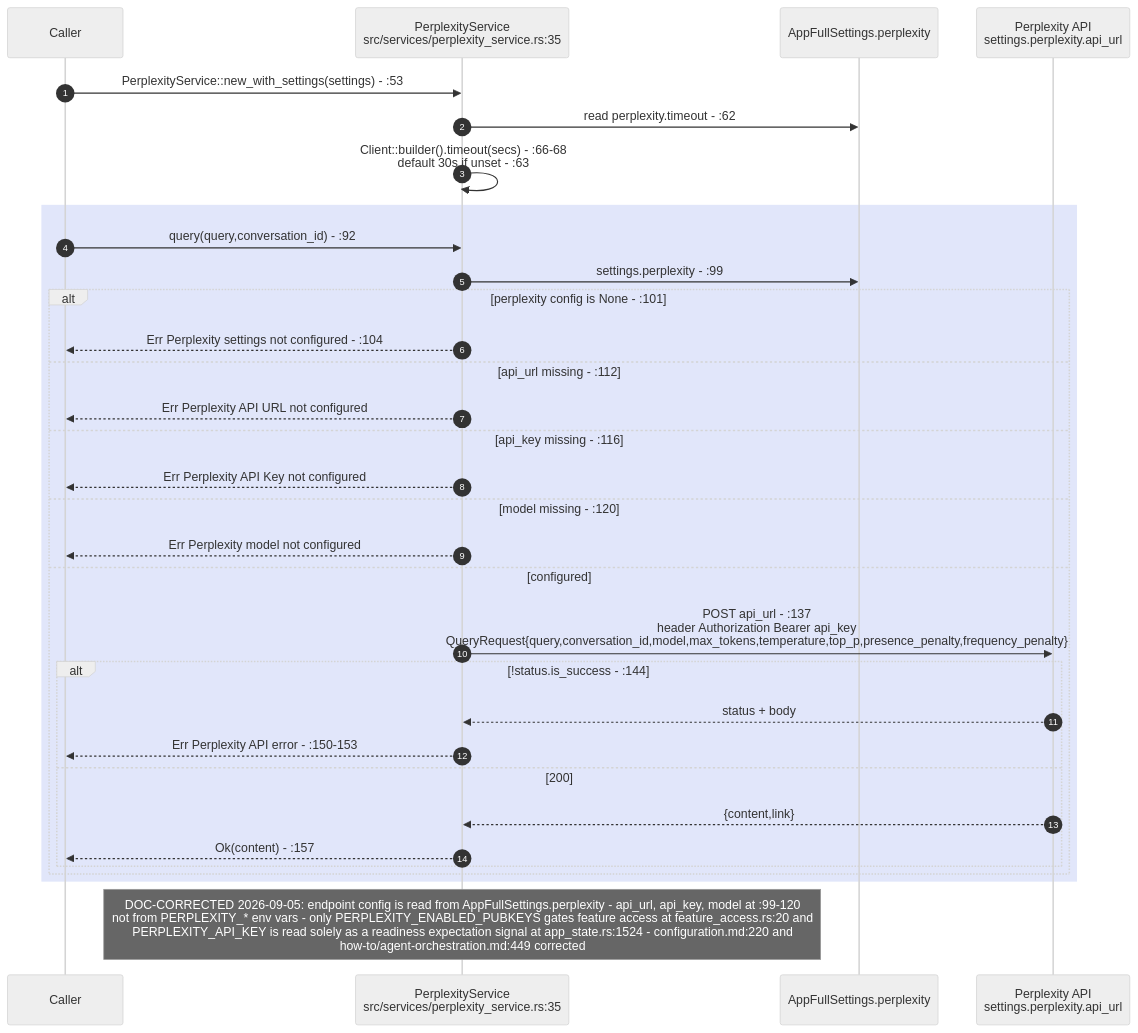
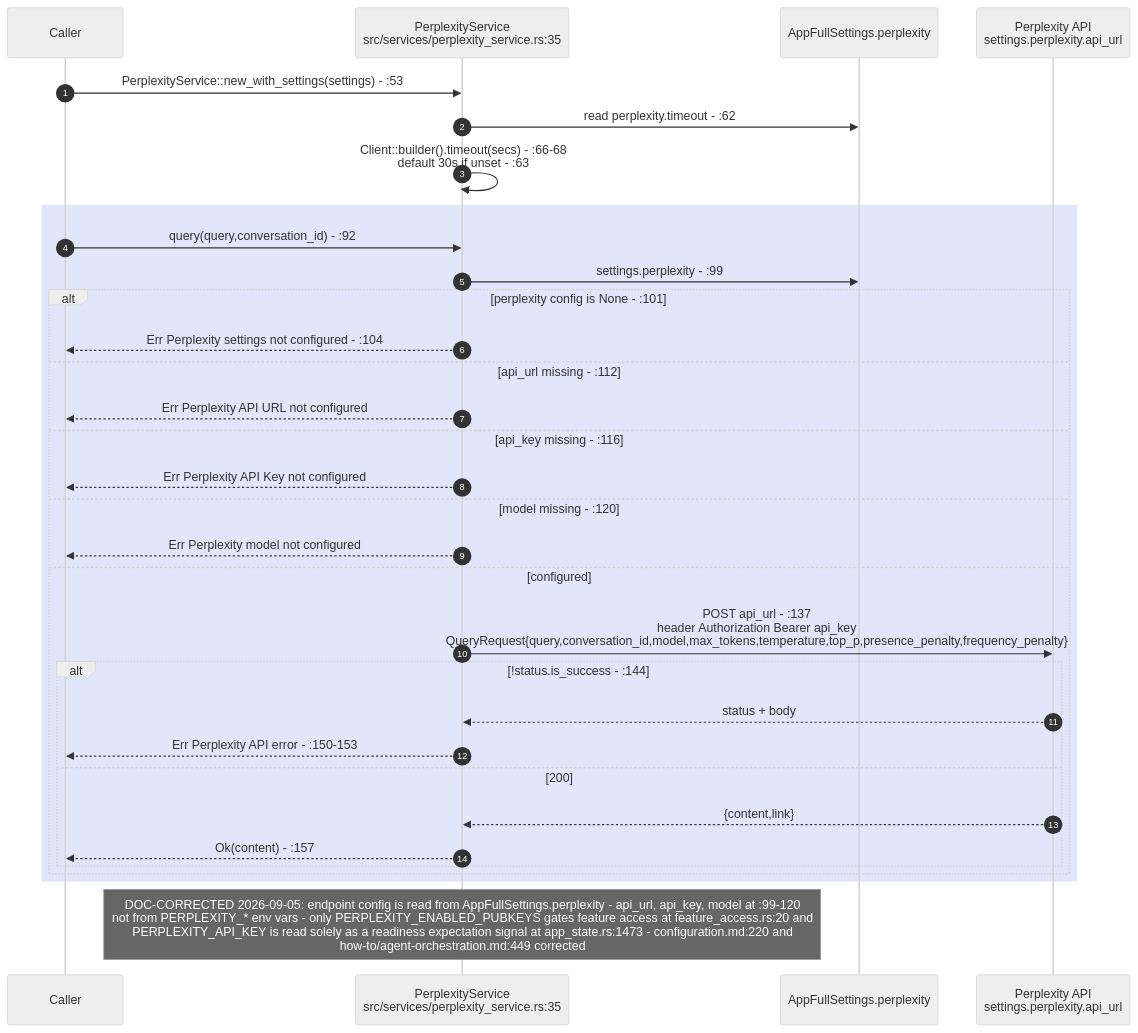
The third of 8 diagrams in docs/diagrams/visionclaw/28-external-services.md (DreamLab-AI/VisionFlow), drawn with Mermaid (neutral theme) before and after one commit. The commit also changed other lines of this file and 160 other files, not shown here.

````diff
--- a/docs/diagrams/visionclaw/28-external-services.md
+++ b/docs/diagrams/visionclaw/28-external-services.md
@@ -127,36 +131,36 @@
 ```mermaid
 sequenceDiagram
     autonumber
     participant Caller
     participant PS as PerplexityService<br/>src/services/perplexity_service.rs:35
     participant SET as AppFullSettings.perplexity
     participant PX as Perplexity API<br/>settings.perplexity.api_url
 
     Caller->>PS: PerplexityService::new_with_settings(settings) - :53
     PS->>SET: read perplexity.timeout - :62
     PS->>PS: Client::builder().timeout(secs) - :66-68<br/>default 30s if unset - :63
 
     rect rgb(225,230,250)
     Caller->>PS: query(query,conversation_id) - :92
     PS->>SET: settings.perplexity - :99
     alt perplexity config is None - :101
         PS-->>Caller: Err Perplexity settings not configured - :104
     else api_url missing - :112
         PS-->>Caller: Err Perplexity API URL not configured
     else api_key missing - :116
         PS-->>Caller: Err Perplexity API Key not configured
     else model missing - :120
         PS-->>Caller: Err Perplexity model not configured
     else configured
         PS->>PX: POST api_url - :137<br/>header Authorization Bearer api_key<br/>QueryRequest{query,conversation_id,model,max_tokens,temperature,top_p,presence_penalty,frequency_penalty}
         alt !status.is_success - :144
             PX-->>PS: status + body
             PS-->>Caller: Err Perplexity API error - :150-153
         else 200
             PX-->>PS: {content,link}
             PS-->>Caller: Ok(content) - :157
         end
     end
     end
-    Note over PS: DOC-CORRECTED 2026-09-05: endpoint config is read from AppFullSettings.perplexity - api_url, api_key, model at :99-120<br/>not from PERPLEXITY_* env vars - only PERPLEXITY_ENABLED_PUBKEYS gates feature access at feature_access.rs:20 and<br/>PERPLEXITY_API_KEY is read solely as a readiness expectation signal at app_state.rs:1524 - configuration.md:220 and<br/>how-to/agent-orchestration.md:449 corrected
+    Note over PS: DOC-CORRECTED 2026-09-05: endpoint config is read from AppFullSettings.perplexity - api_url, api_key, model at :99-120<br/>not from PERPLEXITY_* env vars - only PERPLEXITY_ENABLED_PUBKEYS gates feature access at feature_access.rs:20 and<br/>PERPLEXITY_API_KEY is read solely as a readiness expectation signal at app_state.rs:1473 - configuration.md:220 and<br/>how-to/agent-orchestration.md:449 corrected
 ```
````
